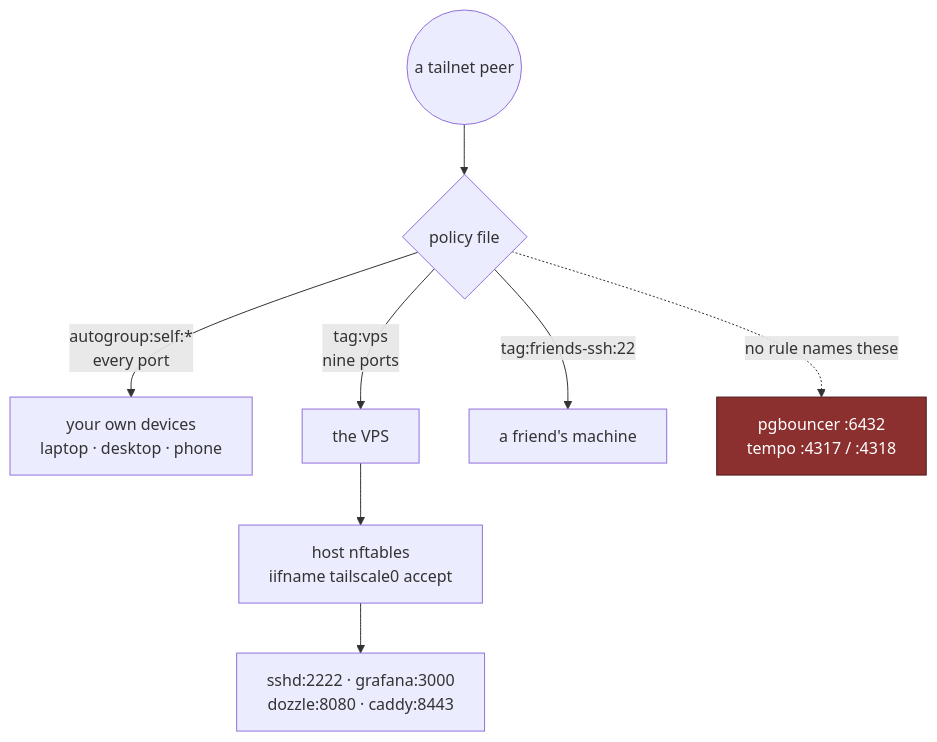
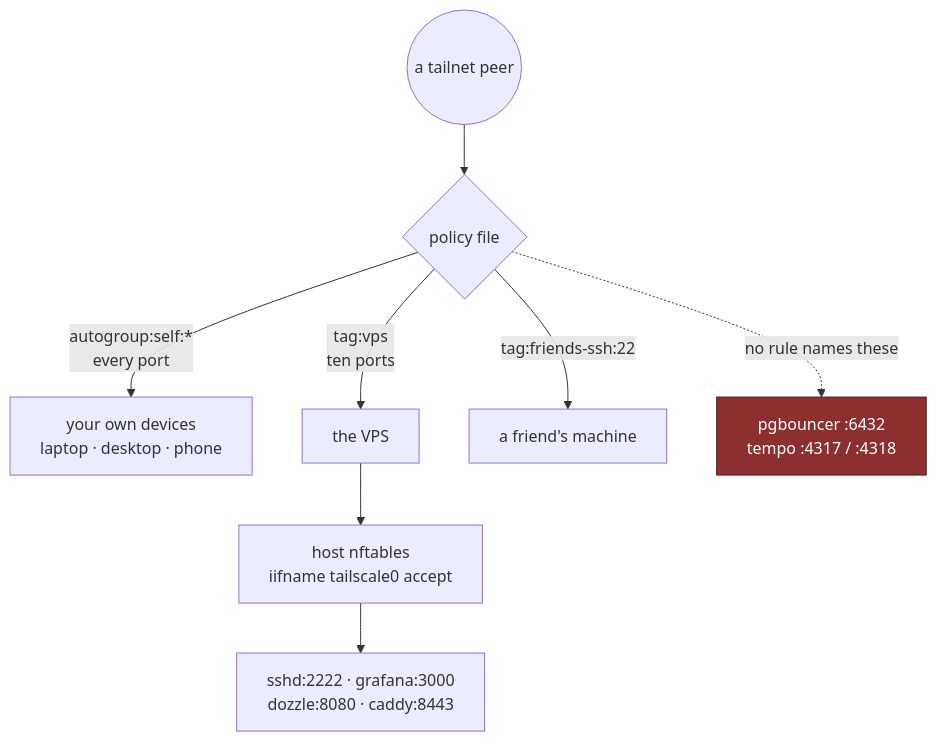
One commit to 1Git2Clone/vps changed the diagram in docs/src/architecture/tailnet.md. Above: the diagram before and after it, drawn with Mermaid. The commit also changed other lines of this file and 21 other files, not shown here.

````diff
--- a/docs/src/architecture/tailnet.md
+++ b/docs/src/architecture/tailnet.md
@@ -47,19 +47,19 @@
 ```mermaid
 flowchart TB
     peer(("a tailnet peer"))
 
     peer --> pol{"policy file"}
 
     pol -- "autogroup:self:*<br/>every port" --> own["your own devices<br/>laptop · desktop · phone"]
-    pol -- "tag:vps<br/>nine ports" --> vps["the VPS"]
+    pol -- "tag:vps<br/>ten ports" --> vps["the VPS"]
     pol -- "tag:friends-ssh:22" --> friends["a friend's machine"]
 
     vps --> nft["host nftables<br/>iifname tailscale0 accept"]
     nft --> svc["sshd:2222 · grafana:3000<br/>dozzle:8080 · caddy:8443"]
 
     gone["pgbouncer :6432<br/>tempo :4317 / :4318"]
     pol -. "no rule names these" .-> gone
 
     classDef bad fill:#8c2f2f,stroke:#4d1a1a,color:#fff
     class gone bad
 ```
````
